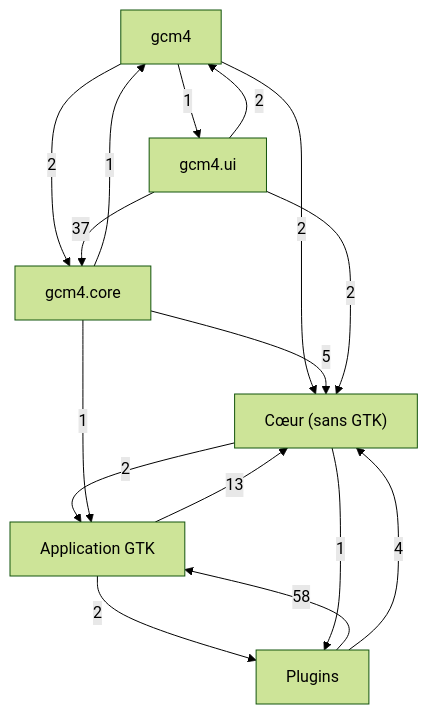
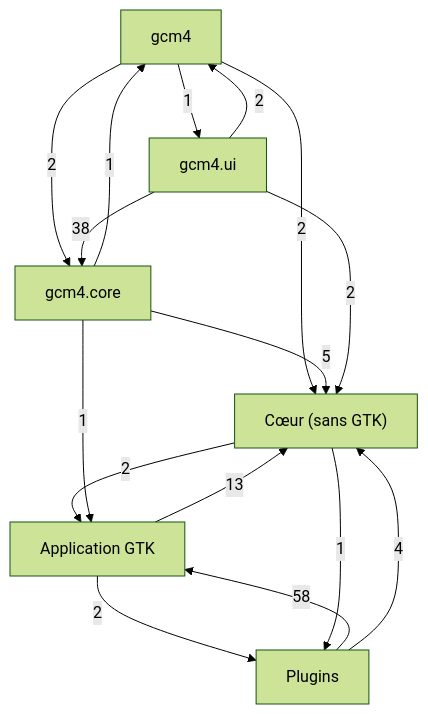
Before and after one commit to Mathide-Team/Gcm4: the first of 7 diagrams in docs/class-diagram.md, drawn with Mermaid (forest theme). The commit also changed other lines of this file and 72 other files, not shown here.

````diff
--- a/docs/class-diagram.md
+++ b/docs/class-diagram.md
@@ -21,24 +21,24 @@
 ```mermaid
 flowchart TD
     g0["Cœur (sans GTK)"]
     g1["Application GTK"]
     g2["Plugins"]
     g3["gcm4"]
     g4["gcm4.core"]
     g5["gcm4.ui"]
     g1 -->|13| g0
     g1 -->|2| g2
     g0 -->|2| g1
     g0 -->|1| g2
     g2 -->|58| g1
     g2 -->|4| g0
     g3 -->|2| g0
     g3 -->|2| g4
     g3 -->|1| g5
     g4 -->|1| g1
     g4 -->|5| g0
     g4 -->|1| g3
     g5 -->|2| g0
     g5 -->|2| g3
-    g5 -->|37| g4
+    g5 -->|38| g4
 ```
````
